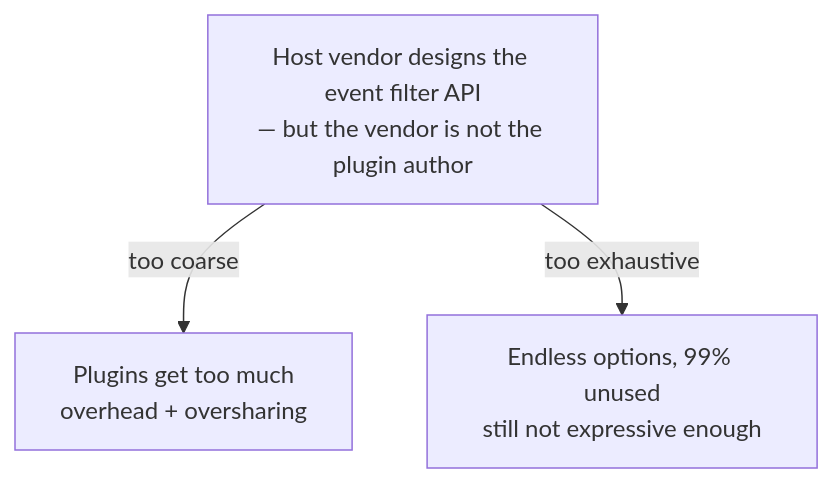
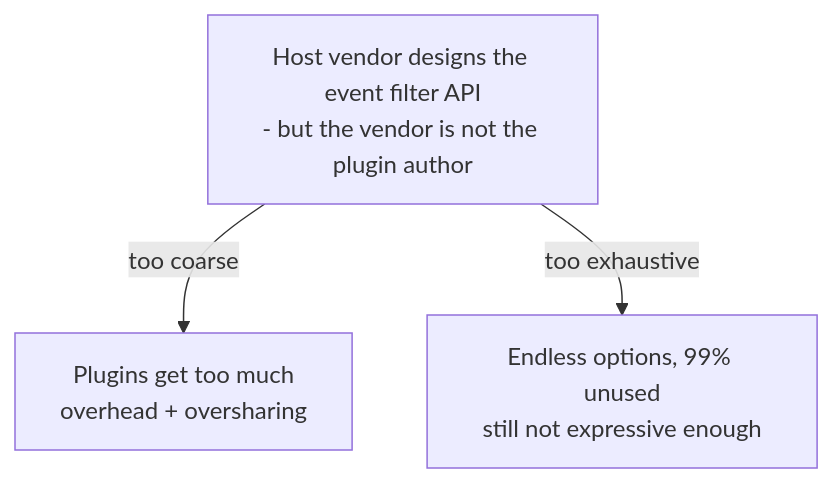
Before and after one commit to JKamsker/DotBoxD: the third of 4 diagrams in docs-site/src/content/docs/why-dotboxd.md, drawn with Mermaid. The commit also changed other lines of this file and 89 other files, not shown here.

````diff
--- a/docs-site/src/content/docs/why-dotboxd.md
+++ b/docs-site/src/content/docs/why-dotboxd.md
@@ -59,6 +59,6 @@
 ```mermaid
 flowchart TD
-    V["Host vendor designs the event filter API<br/>— but the vendor is not the plugin author"]
+    V["Host vendor designs the event filter API<br/>- but the vendor is not the plugin author"]
     V -->|"too coarse"| A["Plugins get too much<br/>overhead + oversharing"]
     V -->|"too exhaustive"| B["Endless options, 99% unused<br/>still not expressive enough"]
 ```
````
